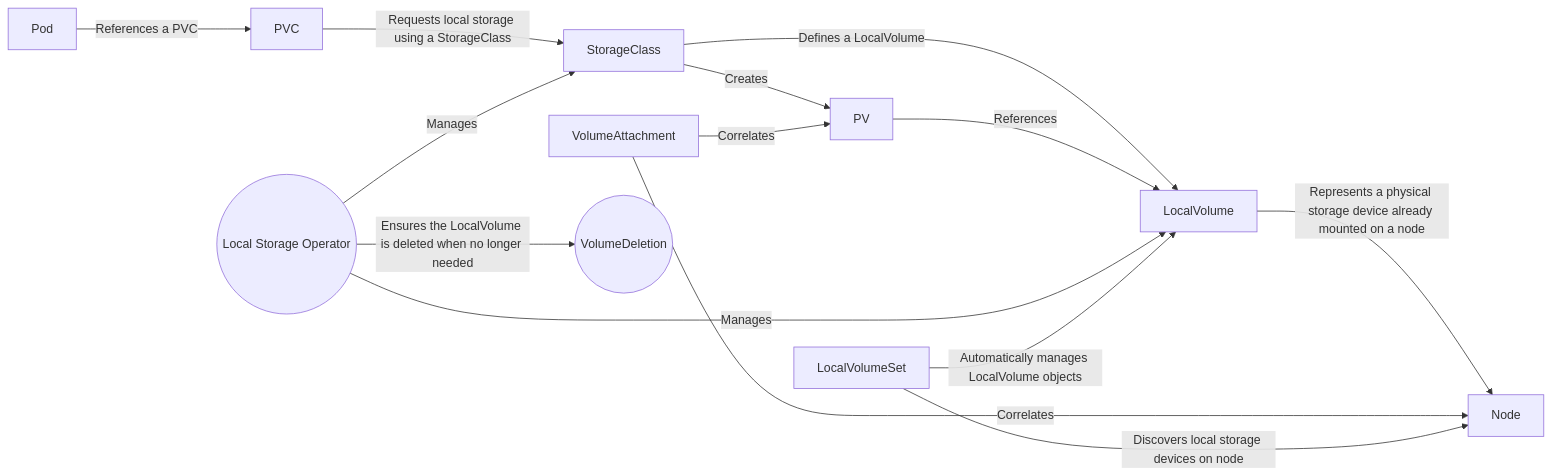
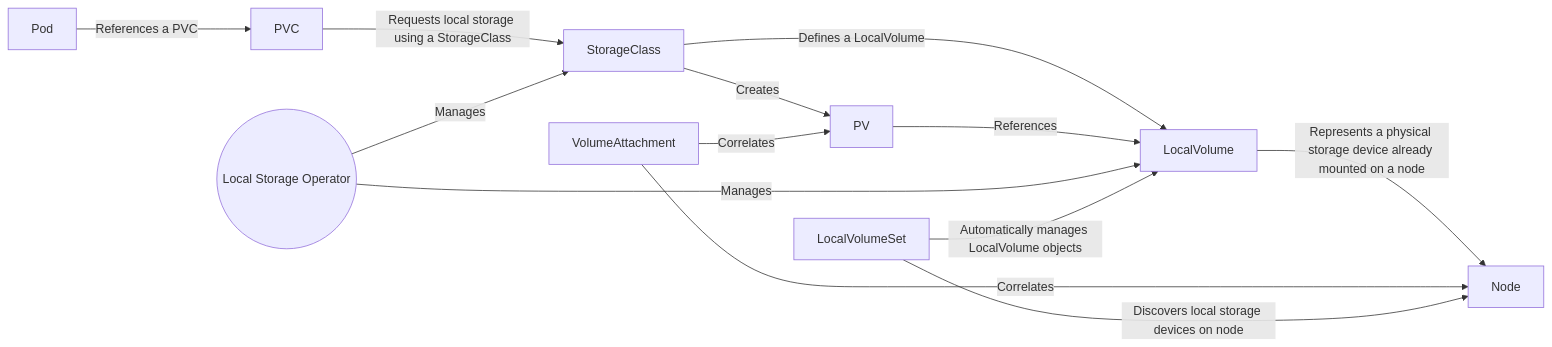
The first of 2 diagrams in README.md (emmahone/Local-Storage-Operator-reference), drawn with Mermaid before and after one commit.

Commit message:
Fix flowchart

````diff
--- a/README.md
+++ b/README.md
@@ -2,16 +2,15 @@
 ```mermaid
 graph LR
     PVC -->|Requests local storage using a StorageClass| StorageClass
     StorageClass -->|Defines a LocalVolume| LocalVolume
     LocalVolume -->|Represents a physical storage device already mounted on a node| Node
     Pod -->|References a PVC| PVC
     PV -->|References| LocalVolume
     StorageClass -->|Creates| PV
     VolumeAttachment -->|Correlates| Node
     VolumeAttachment -->|Correlates| PV
-    LSO((Local Storage Operator)) -->|Ensures the LocalVolume is deleted when no longer needed| VolumeDeletion((VolumeDeletion))
     LSO((Local Storage Operator)) -->|Manages| LocalVolume
     LSO((Local Storage Operator)) -->|Manages| StorageClass
     LocalVolumeSet -->|Discovers local storage devices on node| Node
     LocalVolumeSet -->|Automatically manages LocalVolume objects|LocalVolume
 ```
````
